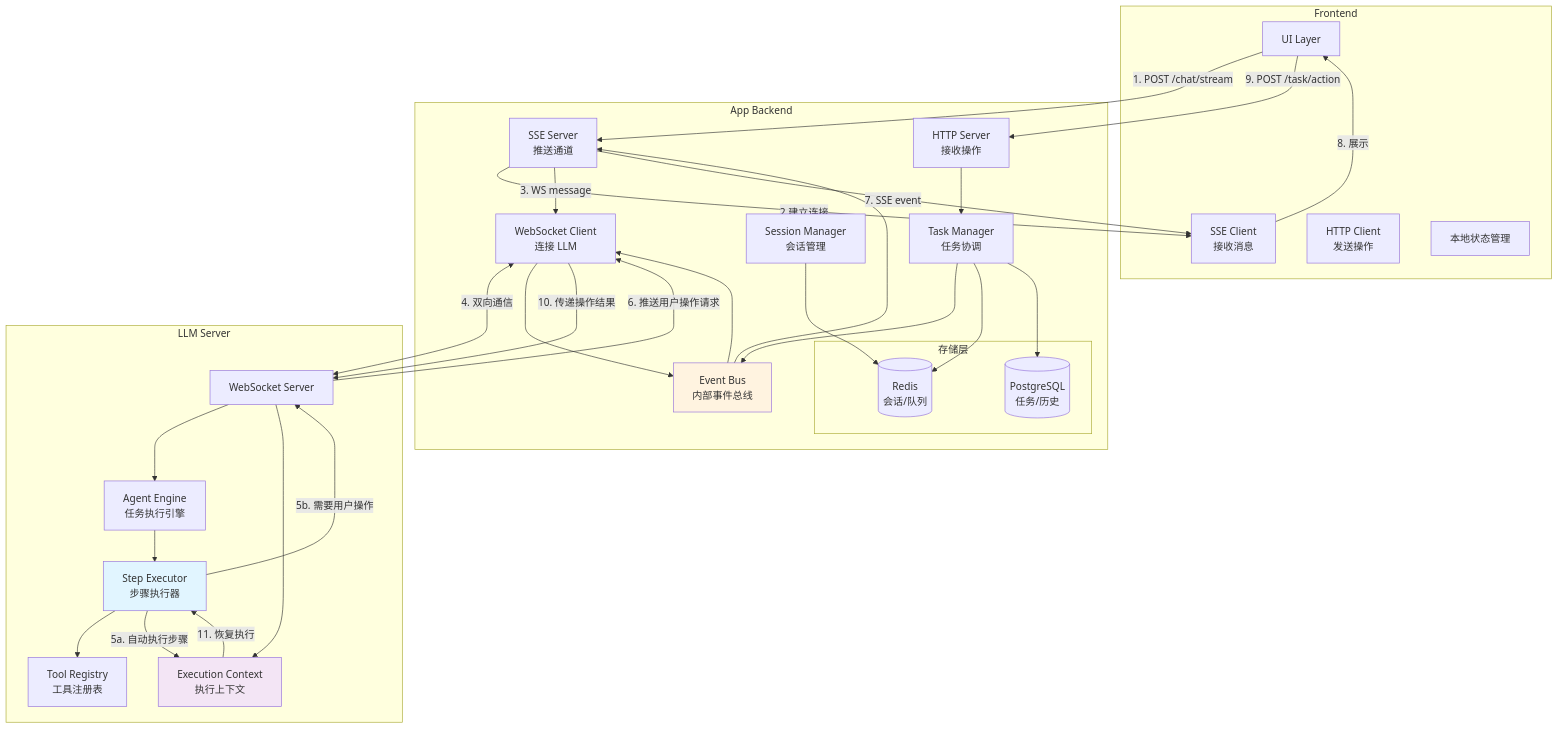
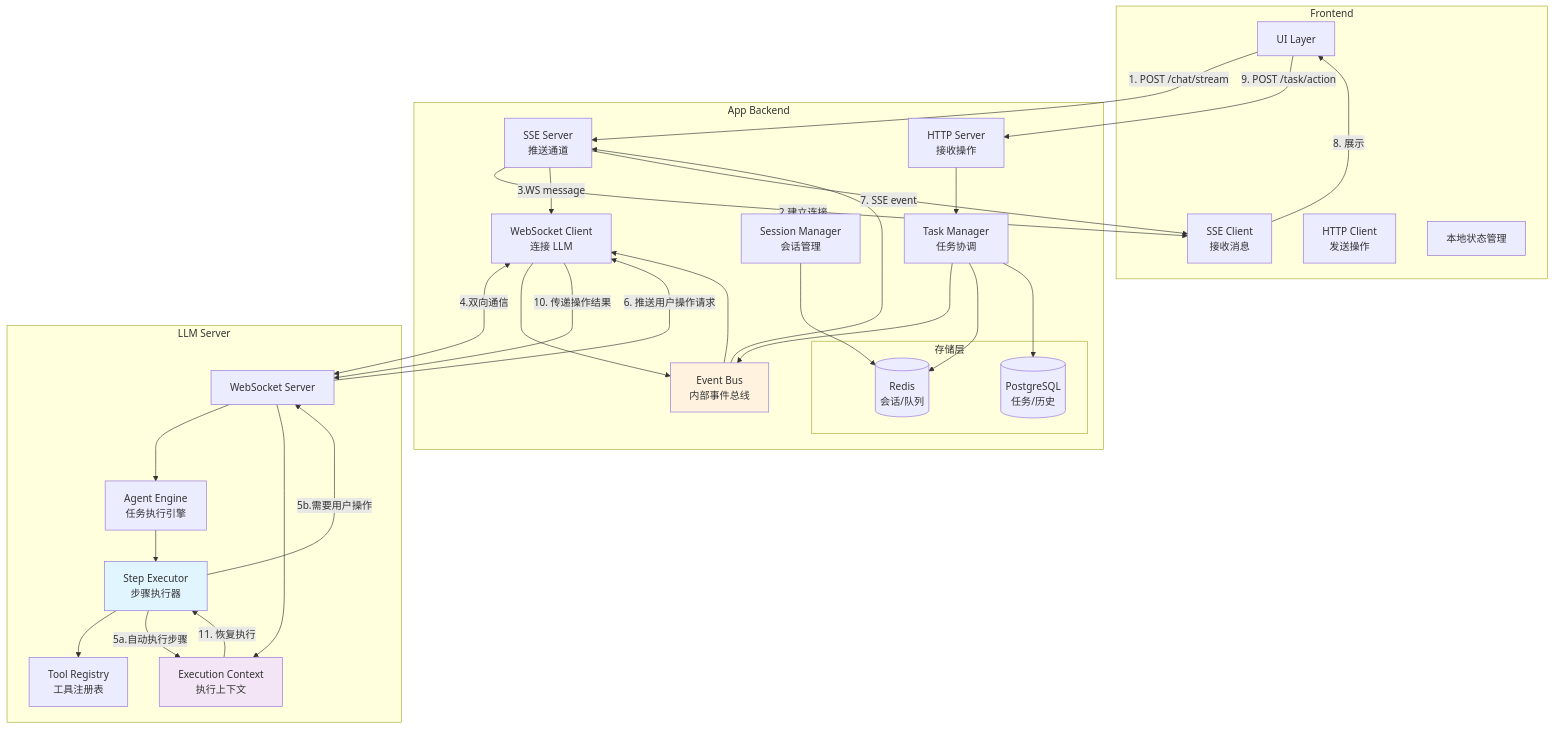
One commit to yingjianzh/iodraw-files changed the diagram in all/未命名-10.md. Above: the diagram before and after it, drawn with Mermaid.

Commit message:
2025-12-18 10:01:35 update

````diff
--- a/all/未命名-10.md
+++ b/all/未命名-10.md
@@ -1,65 +1,65 @@
 ```mermaid
 graph TB
     subgraph Frontend["Frontend"]
         UI[UI Layer]
         SSE_C[SSE Client<br/>接收消息]
         HTTP_C[HTTP Client<br/>发送操作]
         LocalState[本地状态管理]
     end
 
     subgraph AppBackend["App Backend"]
         SSE_S[SSE Server<br/>推送通道]
         HTTP_S[HTTP Server<br/>接收操作]
         WS_Client[WebSocket Client<br/>连接 LLM]
         
         SessionMgr[Session Manager<br/>会话管理]
         TaskMgr[Task Manager<br/>任务协调]
         EventBus[Event Bus<br/>内部事件总线]
         
         subgraph Storage["存储层"]
             Redis[(Redis<br/>会话/队列)]
             DB[(PostgreSQL<br/>任务/历史)]
         end
     end
 
     subgraph LLMServer["LLM Server"]
         WS_Server[WebSocket Server]
         AgentEngine[Agent Engine<br/>任务执行引擎]
         StepExecutor[Step Executor<br/>步骤执行器]
         ToolRegistry[Tool Registry<br/>工具注册表]
         ExecutionCtx[Execution Context<br/>执行上下文]
     end
 
     UI -->|1. POST /chat/stream| SSE_S
     SSE_S -->|2.建立连接| SSE_C
-    SSE_S -->|3. WS message| WS_Client
-    WS_Client <-->|4. 双向通信| WS_Server
+    SSE_S -->|3.WS message| WS_Client
+    WS_Client <-->|4.双向通信| WS_Server
     
     WS_Server --> AgentEngine
     AgentEngine --> StepExecutor
     StepExecutor --> ToolRegistry
     
-    StepExecutor -->|5a. 自动执行步骤| ExecutionCtx
-    StepExecutor -->|5b. 需要用户操作| WS_Server
+    StepExecutor -->|5a.自动执行步骤| ExecutionCtx
+    StepExecutor -->|5b.需要用户操作| WS_Server
     WS_Server -->|6. 推送用户操作请求| WS_Client
     WS_Client --> EventBus
     EventBus --> SSE_S
     SSE_S -->|7. SSE event| SSE_C
     SSE_C -->|8. 展示| UI
     
     UI -->|9. POST /task/action| HTTP_S
     HTTP_S --> TaskMgr
     TaskMgr --> EventBus
     EventBus --> WS_Client
     WS_Client -->|10. 传递操作结果| WS_Server
     WS_Server --> ExecutionCtx
     ExecutionCtx -->|11. 恢复执行| StepExecutor
     
     SessionMgr --> Redis
     TaskMgr --> Redis
     TaskMgr --> DB
     
     style StepExecutor fill:#e1f5ff
     style EventBus fill:#fff3e0
     style ExecutionCtx fill:#f3e5f5
 ```
````
